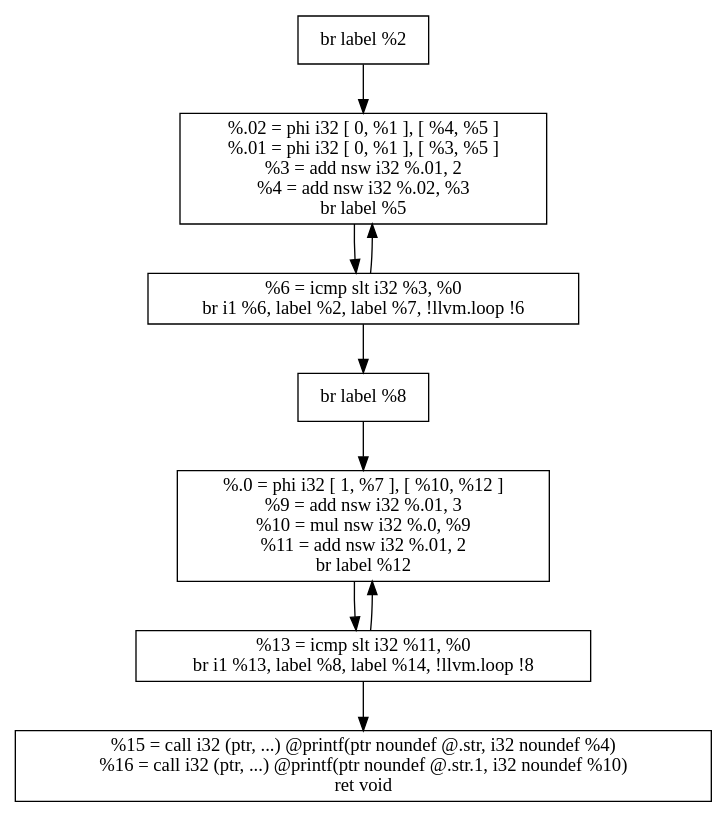
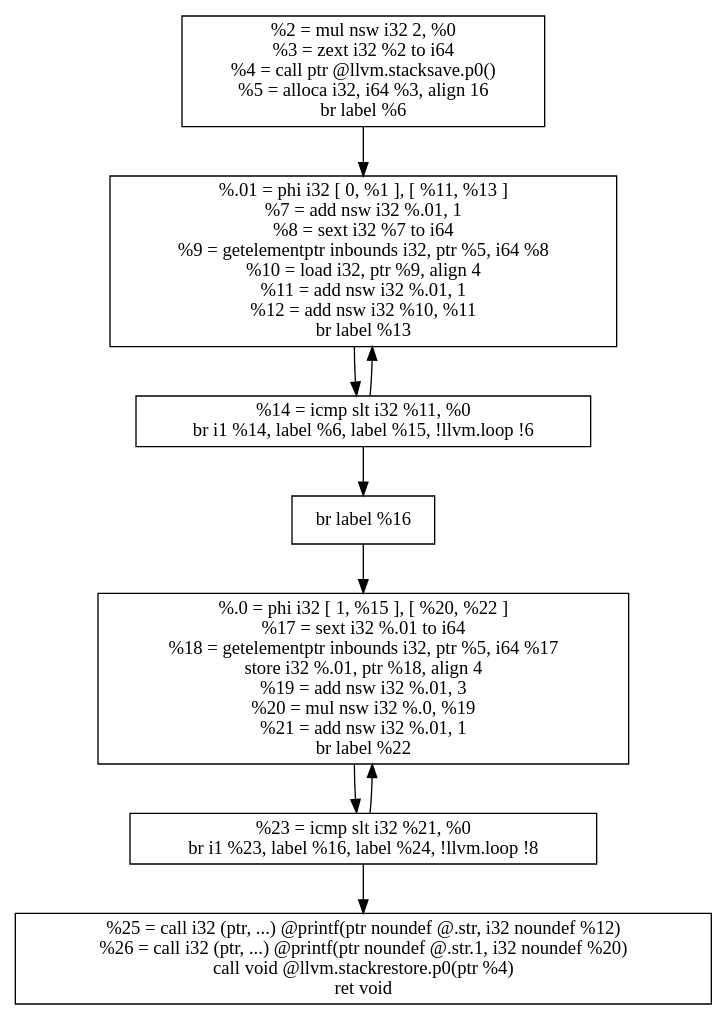
Before and after one commit to giovanni-orlandi/gruppo8-compilatori: the diagram in 04_assignment/dotfile/cfg_loop_fusion_m.dot, drawn with Graphviz. The commit also changed 9 other files, not shown here.

```diff
--- a/04_assignment/dotfile/cfg_loop_fusion_m.dot
+++ b/04_assignment/dotfile/cfg_loop_fusion_m.dot
@@ -1,18 +1,18 @@
 digraph unnamed {
 
-	Node0x5de186e4e310 [shape=record,label="{  br label %2\n}"];
-	Node0x5de186e4e310 -> Node0x5de186e4e4c0;
-	Node0x5de186e4e4c0 [shape=record,label="{  %.02 = phi i32 [ 0, %1 ], [ %4, %5 ]\n  %.01 = phi i32 [ 0, %1 ], [ %3, %5 ]\n  %3 = add nsw i32 %.01, 2\n  %4 = add nsw i32 %.02, %3\n  br label %5\n}"];
-	Node0x5de186e4e4c0 -> Node0x5de186e509c0;
-	Node0x5de186e509c0 [shape=record,label="{  %6 = icmp slt i32 %3, %0\n  br i1 %6, label %2, label %7, !llvm.loop !6\n}"];
-	Node0x5de186e509c0 -> Node0x5de186e4e4c0;
-	Node0x5de186e509c0 -> Node0x5de186e513e0;
-	Node0x5de186e513e0 [shape=record,label="{  br label %8\n}"];
-	Node0x5de186e513e0 -> Node0x5de186e51fc0;
-	Node0x5de186e51fc0 [shape=record,label="{  %.0 = phi i32 [ 1, %7 ], [ %10, %12 ]\n  %9 = add nsw i32 %.01, 3\n  %10 = mul nsw i32 %.0, %9\n  %11 = add nsw i32 %.01, 2\n  br label %12\n}"];
-	Node0x5de186e51fc0 -> Node0x5de186e52090;
-	Node0x5de186e52090 [shape=record,label="{  %13 = icmp slt i32 %11, %0\n  br i1 %13, label %8, label %14, !llvm.loop !8\n}"];
-	Node0x5de186e52090 -> Node0x5de186e51fc0;
-	Node0x5de186e52090 -> Node0x5de186e528a0;
-	Node0x5de186e528a0 [shape=record,label="{  %15 = call i32 (ptr, ...) @printf(ptr noundef @.str, i32 noundef %4)\n  %16 = call i32 (ptr, ...) @printf(ptr noundef @.str.1, i32 noundef %10)\n  ret void\n}"];
+	Node0x5f39d1c8c540 [shape=record,label="{  %2 = mul nsw i32 2, %0\n  %3 = zext i32 %2 to i64\n  %4 = call ptr @llvm.stacksave.p0()\n  %5 = alloca i32, i64 %3, align 16\n  br label %6\n}"];
+	Node0x5f39d1c8c540 -> Node0x5f39d1c8ef80;
+	Node0x5f39d1c8ef80 [shape=record,label="{  %.01 = phi i32 [ 0, %1 ], [ %11, %13 ]\n  %7 = add nsw i32 %.01, 1\n  %8 = sext i32 %7 to i64\n  %9 = getelementptr inbounds i32, ptr %5, i64 %8\n  %10 = load i32, ptr %9, align 4\n  %11 = add nsw i32 %.01, 1\n  %12 = add nsw i32 %10, %11\n  br label %13\n}"];
+	Node0x5f39d1c8ef80 -> Node0x5f39d1c8f490;
+	Node0x5f39d1c8f490 [shape=record,label="{  %14 = icmp slt i32 %11, %0\n  br i1 %14, label %6, label %15, !llvm.loop !6\n}"];
+	Node0x5f39d1c8f490 -> Node0x5f39d1c8ef80;
+	Node0x5f39d1c8f490 -> Node0x5f39d1c8fd10;
+	Node0x5f39d1c8fd10 [shape=record,label="{  br label %16\n}"];
+	Node0x5f39d1c8fd10 -> Node0x5f39d1c90930;
+	Node0x5f39d1c90930 [shape=record,label="{  %.0 = phi i32 [ 1, %15 ], [ %20, %22 ]\n  %17 = sext i32 %.01 to i64\n  %18 = getelementptr inbounds i32, ptr %5, i64 %17\n  store i32 %.01, ptr %18, align 4\n  %19 = add nsw i32 %.01, 3\n  %20 = mul nsw i32 %.0, %19\n  %21 = add nsw i32 %.01, 1\n  br label %22\n}"];
+	Node0x5f39d1c90930 -> Node0x5f39d1c90a00;
+	Node0x5f39d1c90a00 [shape=record,label="{  %23 = icmp slt i32 %21, %0\n  br i1 %23, label %16, label %24, !llvm.loop !8\n}"];
+	Node0x5f39d1c90a00 -> Node0x5f39d1c90930;
+	Node0x5f39d1c90a00 -> Node0x5f39d1c910d0;
+	Node0x5f39d1c910d0 [shape=record,label="{  %25 = call i32 (ptr, ...) @printf(ptr noundef @.str, i32 noundef %12)\n  %26 = call i32 (ptr, ...) @printf(ptr noundef @.str.1, i32 noundef %20)\n  call void @llvm.stackrestore.p0(ptr %4)\n  ret void\n}"];
 }
```
